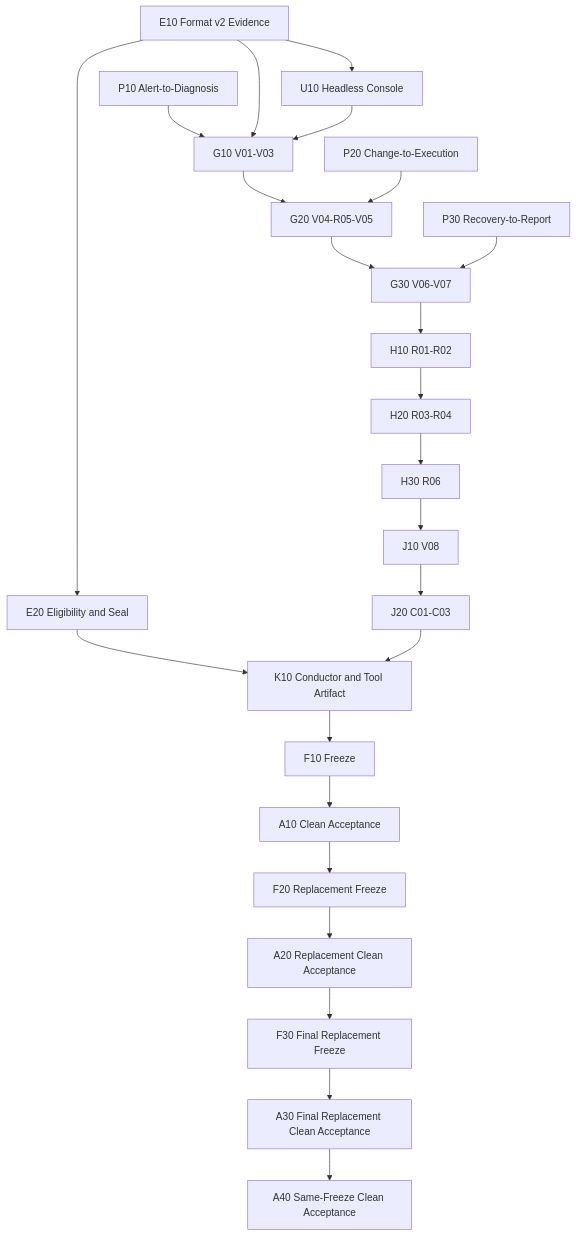
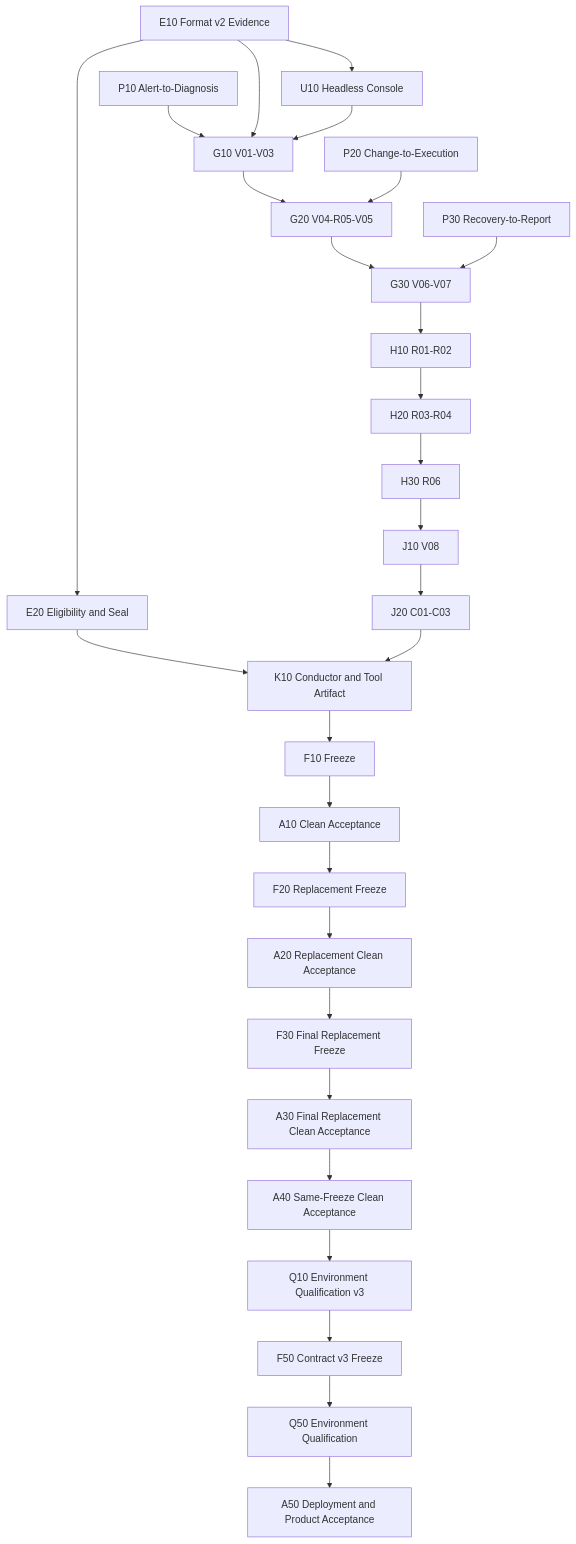
One commit to Timeless0927/AIops changed the diagram in .scratch/aiops-pilot-ready/remediation-tickets.md. Above: the diagram before and after it, drawn with Mermaid. The commit also changed other lines of this file and 1 other file, not shown here.

Commit message:
docs(acceptance): split environment qualification from clean runs

````diff
--- a/.scratch/aiops-pilot-ready/remediation-tickets.md
+++ b/.scratch/aiops-pilot-ready/remediation-tickets.md
@@ -12,26 +12,30 @@
 ```mermaid
 flowchart TD
   E10["E10 Format v2 Evidence"] --> E20["E20 Eligibility and Seal"]
   E10 --> U10["U10 Headless Console"]
   P10["P10 Alert-to-Diagnosis"] --> G10["G10 V01-V03"]
   E10 --> G10
   U10 --> G10
   G10 --> G20["G20 V04-R05-V05"]
   P20["P20 Change-to-Execution"] --> G20
   G20 --> G30["G30 V06-V07"]
   P30["P30 Recovery-to-Report"] --> G30
   G30 --> H10["H10 R01-R02"]
   H10 --> H20["H20 R03-R04"]
   H20 --> H30["H30 R06"]
   H30 --> J10["J10 V08"]
   J10 --> J20["J20 C01-C03"]
   E20 --> K10["K10 Conductor and Tool Artifact"]
   J20 --> K10
   K10 --> F10["F10 Freeze"]
   F10 --> A10["A10 Clean Acceptance"]
   A10 --> F20["F20 Replacement Freeze"]
   F20 --> A20["A20 Replacement Clean Acceptance"]
   A20 --> F30["F30 Final Replacement Freeze"]
   F30 --> A30["A30 Final Replacement Clean Acceptance"]
   A30 --> A40["A40 Same-Freeze Clean Acceptance"]
+  A40 --> Q10["Q10 Environment Qualification v3"]
+  Q10 --> F50["F50 Contract v3 Freeze"]
+  F50 --> Q50["Q50 Environment Qualification"]
+  Q50 --> A50["A50 Deployment and Product Acceptance"]
 ```
````
